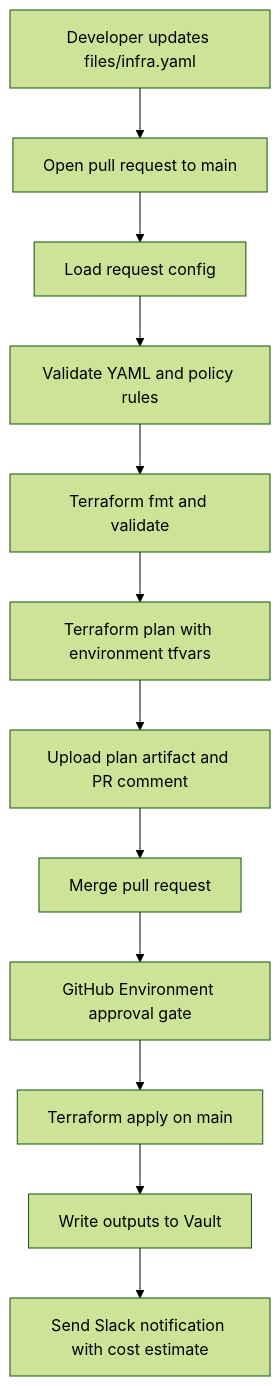
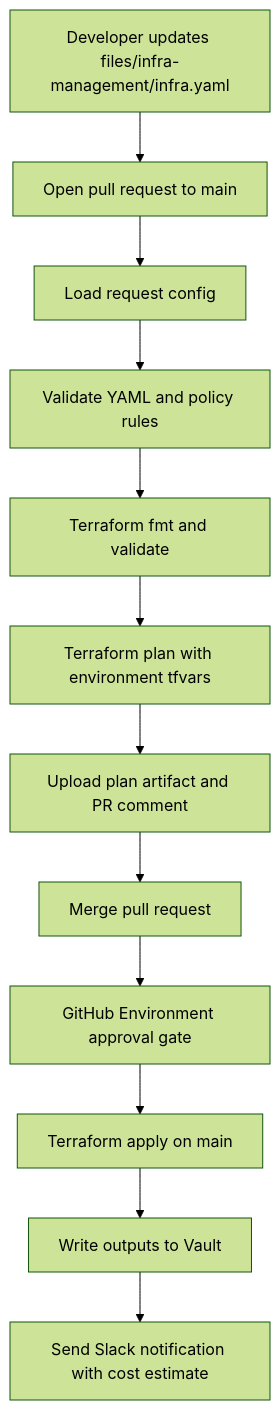
One commit to devopsforge2304/IDP-Terraform-Project changed the first of 2 diagrams in README.md. Above: the diagram before and after it, drawn with Mermaid (forest theme). The commit also changed other lines of this file and 37 other files, not shown here.

Commit message:
variablised all the modules and changed the infra.yaml file positioning

````diff
--- a/README.md
+++ b/README.md
@@ -49,14 +49,14 @@
 ```mermaid
 flowchart TD
-    A[Developer updates files/infra.yaml] --> B[Open pull request to main]
+    A[Developer updates files/infra-management/infra.yaml] --> B[Open pull request to main]
     B --> C[Load request config]
     C --> D[Validate YAML and policy rules]
     D --> E[Terraform fmt and validate]
     E --> F[Terraform plan with environment tfvars]
     F --> G[Upload plan artifact and PR comment]
     G --> H[Merge pull request]
     H --> I[GitHub Environment approval gate]
     I --> J[Terraform apply on main]
     J --> K[Write outputs to Vault]
     K --> L[Send Slack notification with cost estimate]
 ```
````
